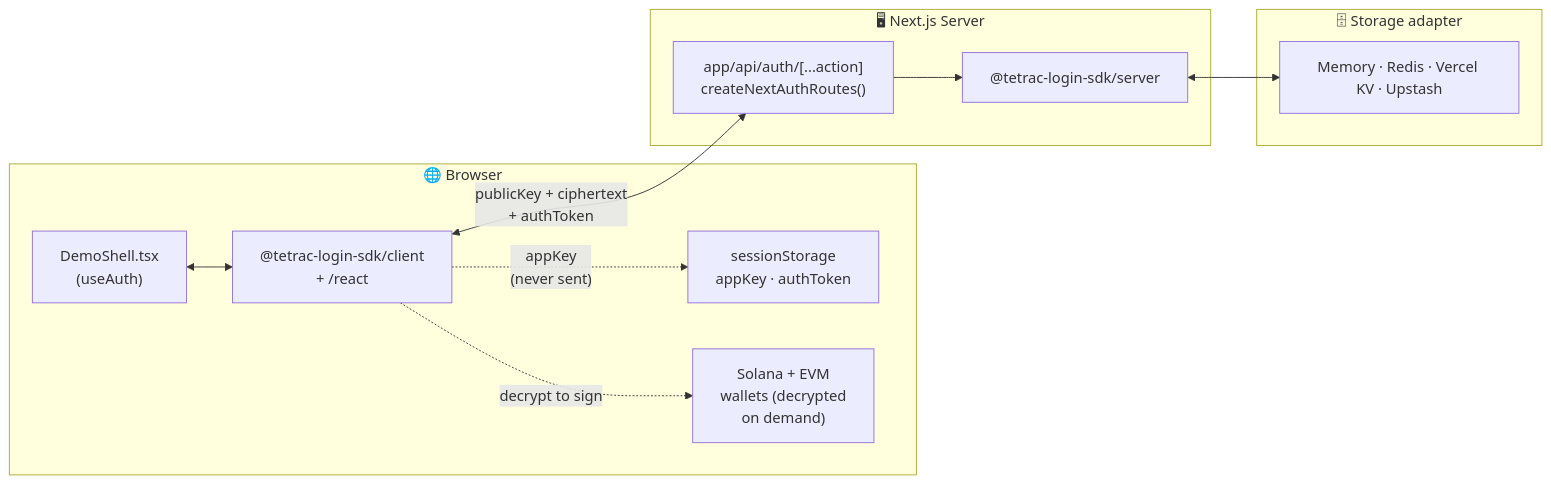
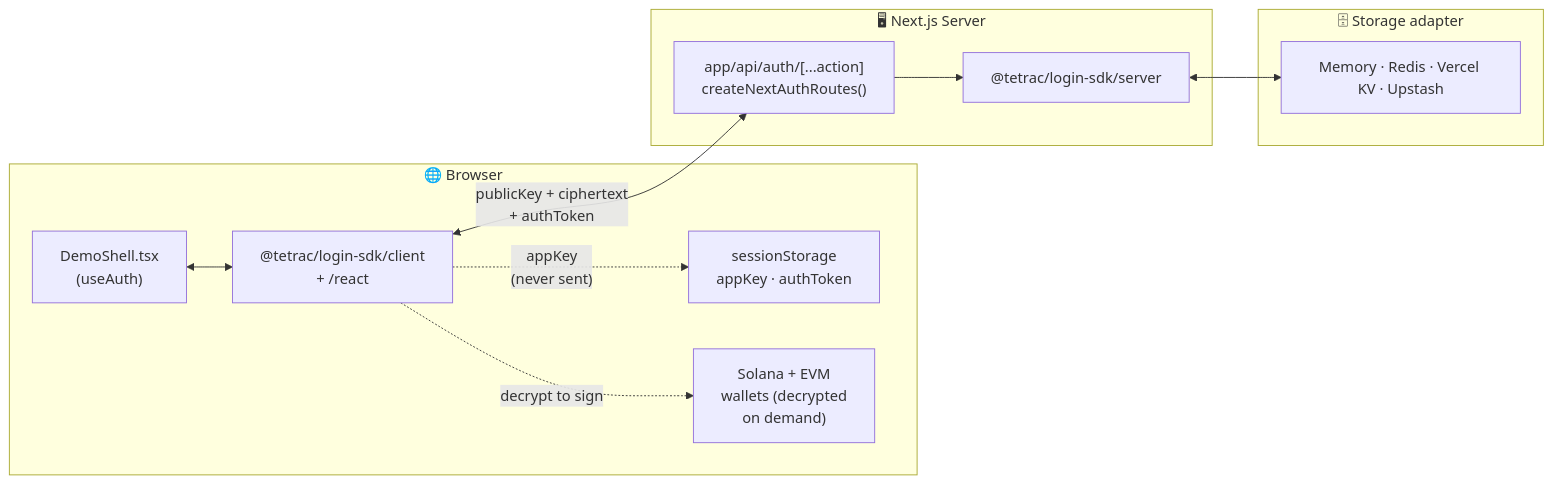
One commit to tetrac-official/tetrac-login-sdk-demo changed the first of 3 diagrams in README.md. Above: the diagram before and after it, drawn with Mermaid. The commit also changed other lines of this file and 6 other files, not shown here.

````diff
--- a/README.md
+++ b/README.md
@@ -112,23 +104,23 @@
 ```mermaid
 flowchart LR
   subgraph Browser["🌐 Browser"]
     UI["DemoShell.tsx<br/>(useAuth)"]
-    Client["@tetrac-login-sdk/client<br/>+ /react"]
+    Client["@tetrac/login-sdk/client<br/>+ /react"]
     Mem["sessionStorage<br/>appKey · authToken"]
     Wallets["Solana + EVM<br/>wallets (decrypted<br/>on demand)"]
   end
   subgraph Server["🖥 Next.js Server"]
     Route["app/api/auth/[...action]<br/>createNextAuthRoutes()"]
-    SDKsrv["@tetrac-login-sdk/server"]
+    SDKsrv["@tetrac/login-sdk/server"]
   end
   subgraph Storage["🗄 Storage adapter"]
     Mem2["Memory · Redis · Vercel KV · Upstash"]
   end
 
   UI <--> Client
   Client <-- "publicKey + ciphertext<br/>+ authToken" --> Route
   Route --> SDKsrv
   SDKsrv <--> Mem2
   Client -. "appKey<br/>(never sent)" .-> Mem
   Client -. "decrypt to sign" .-> Wallets
 ```
````
